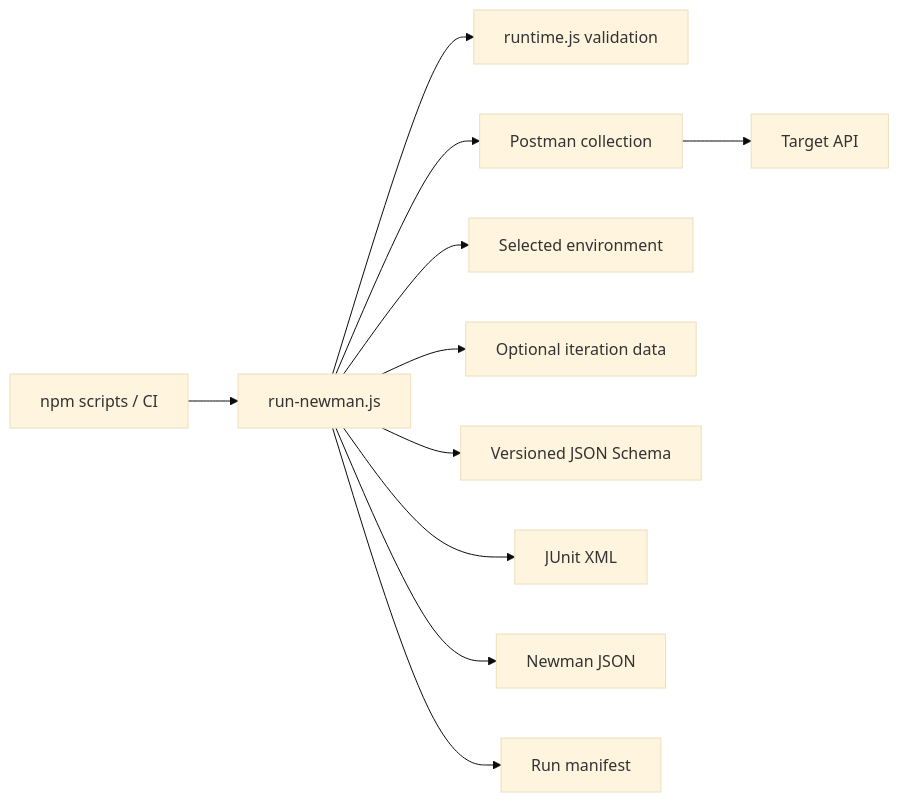
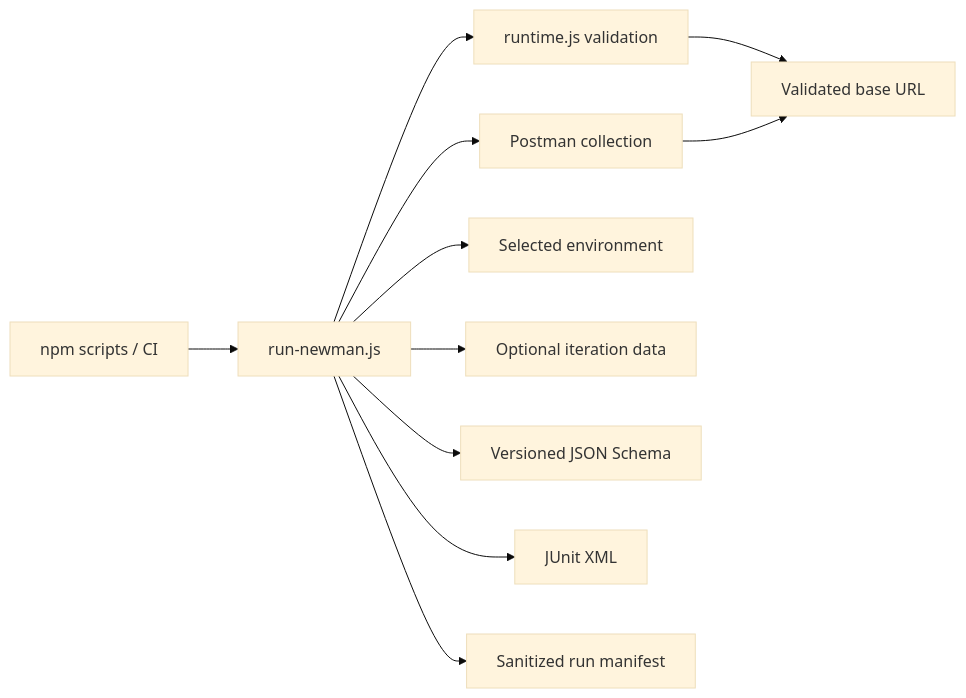
Before and after one commit to portyu9/qa-automation-api-postman-newman: the first of 2 diagrams in README.md, drawn with Mermaid (base theme). The commit also changed other lines of this file and 5 other files, not shown here.

````diff
--- a/README.md
+++ b/README.md
@@ -21,13 +22,13 @@
 ```mermaid
 flowchart LR
     CLI[npm scripts / CI] --> RUN[run-newman.js]
     RUN --> GUARD[runtime.js validation]
     RUN --> COL[Postman collection]
     RUN --> ENV[Selected environment]
     RUN --> DATA[Optional iteration data]
     RUN --> SCHEMA[Versioned JSON Schema]
-    COL --> HTTP[Target API]
+    GUARD --> TARGET[Validated base URL]
+    COL --> TARGET
     RUN --> JUNIT[JUnit XML]
-    RUN --> JSON[Newman JSON]
-    RUN --> MAN[Run manifest]
+    RUN --> MAN[Sanitized run manifest]
 ```
````
